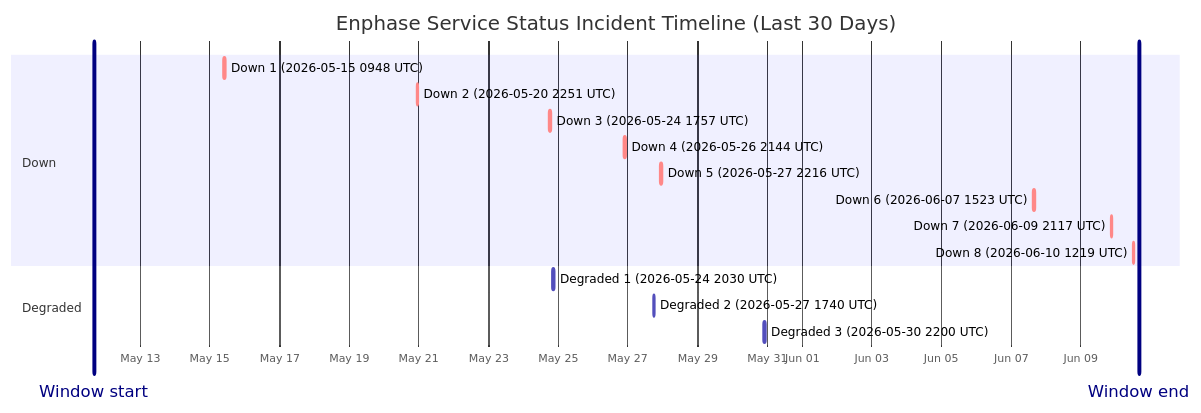
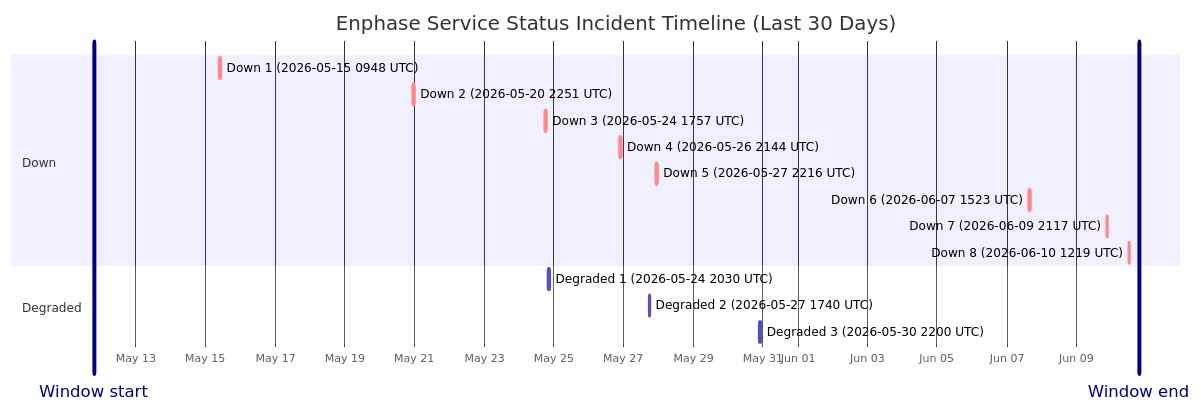
One commit to barneyonline/ha-enphase-energy changed the diagram in wiki/Service-Status-History.md. Above: the diagram before and after it, drawn with Mermaid. The commit also changed other lines of this file and 3 other files, not shown here.

````diff
--- a/wiki/Service-Status-History.md
+++ b/wiki/Service-Status-History.md
@@ -14,21 +14,21 @@
 ```mermaid
 gantt
     title Enphase Service Status Incident Timeline (Last 30 Days)
     dateFormat  YYYY-MM-DDTHH:mm:ss
     axisFormat  %b %d
-    Window start :vert, window-start, 2026-05-11T16:13:33, 0ms
-    Window end :vert, window-end, 2026-06-10T16:13:33, 0ms
+    Window start :vert, window-start, 2026-05-11T19:09:26, 0ms
+    Window end :vert, window-end, 2026-06-10T19:09:26, 0ms
     section Down
     Down 1 (2026-05-15 0948 UTC) :crit, down-1, 2026-05-15T09:48:18, 60m
     Down 2 (2026-05-20 2251 UTC) :crit, down-2, 2026-05-20T22:51:14, 75m
     Down 3 (2026-05-24 1757 UTC) :crit, down-3, 2026-05-24T17:57:41, 86m
     Down 4 (2026-05-26 2144 UTC) :crit, down-4, 2026-05-26T21:44:11, 85m
     Down 5 (2026-05-27 2216 UTC) :crit, down-5, 2026-05-27T22:16:53, 87m
     Down 6 (2026-06-07 1523 UTC) :crit, down-6, 2026-06-07T15:23:22, 87m
     Down 7 (2026-06-09 2117 UTC) :crit, down-7, 2026-06-09T21:17:17, 60m
     Down 8 (2026-06-10 1219 UTC) :crit, down-8, 2026-06-10T12:19:21, 60m
     section Degraded
     Degraded 1 (2026-05-24 2030 UTC) :active, degraded-1, 2026-05-24T20:30:57, 84m
     Degraded 2 (2026-05-27 1740 UTC) :active, degraded-2, 2026-05-27T17:40:52, 60m
     Degraded 3 (2026-05-30 2200 UTC) :active, degraded-3, 2026-05-30T22:00:37, 60m
 ```
````
